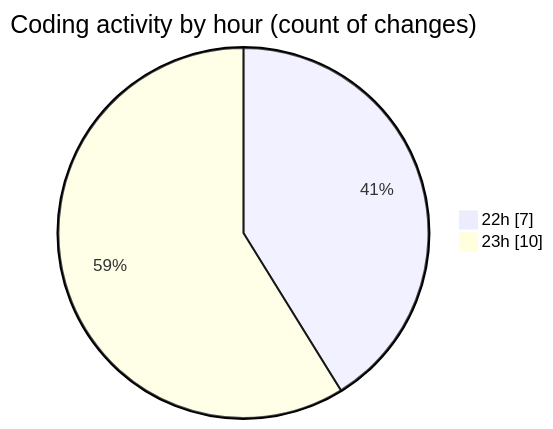
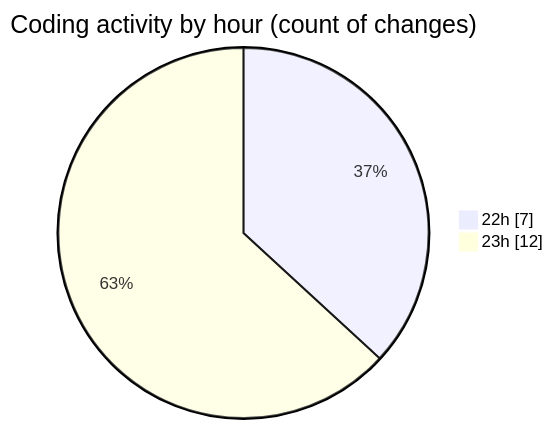
The second of 2 diagrams in 2025-12-24/technologie_web/README.md (hasnaa123/code-tracking), drawn with Mermaid before and after one commit. The commit also changed other lines of this file and 1 other file, not shown here.

````diff
--- a/2025-12-24/technologie_web/README.md
+++ b/2025-12-24/technologie_web/README.md
@@ -28,6 +28,6 @@
 ```mermaid
 pie showData
 title Coding activity by hour (count of changes)
 "22h" : 7
-"23h" : 10
+"23h" : 12
 ```
````
